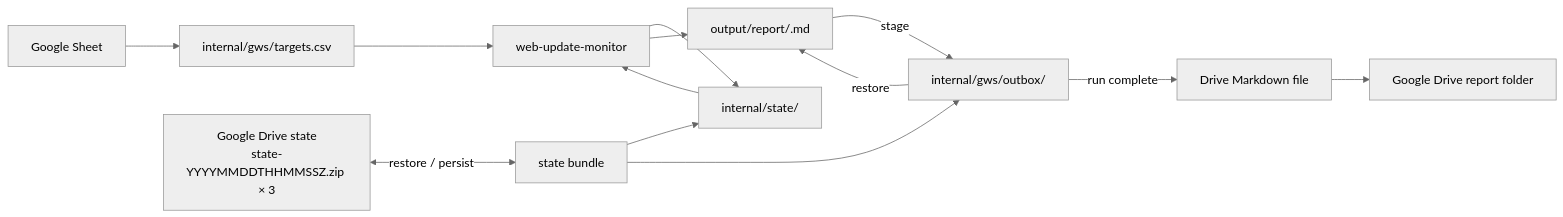
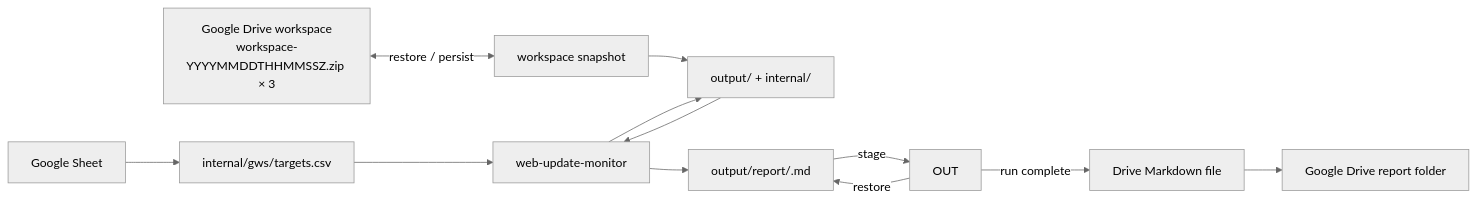
One commit to dceoy/wsum changed the first of 2 diagrams in README.md. Above: the diagram before and after it, drawn with Mermaid (neutral theme). The commit also changed other lines of this file, not shown here.

Commit message:
Document full workspace snapshots for GWS

````diff
--- a/README.md
+++ b/README.md
@@ -23,15 +23,14 @@
 ```mermaid
 flowchart LR
     GS["Google Sheet"] --> CSV["internal/gws/targets.csv"]
-    DS["Google Drive state<br/>state-YYYYMMDDTHHMMSSZ.zip × 3"] <-->|restore / persist| BUNDLE["state bundle"]
-    BUNDLE --> STATE["internal/state/"]
-    BUNDLE --> OUT["internal/gws/outbox/"]
+    DS["Google Drive workspace<br/>workspace-YYYYMMDDTHHMMSSZ.zip × 3"] <-->|restore / persist| WS["workspace snapshot"]
+    WS --> WORKSPACE["output/ + internal/"]
     CSV --> CORE["web-update-monitor"]
-    STATE --> CORE
-    CORE --> STATE
+    WORKSPACE --> CORE
+    CORE --> WORKSPACE
     CORE --> REPORT["output/report/<run-id>.md"]
     OUT -->|restore| REPORT
     REPORT -->|stage| OUT
     OUT -->|run complete| GMD["Drive Markdown file"]
     GMD --> DR["Google Drive report folder"]
 ```
````
